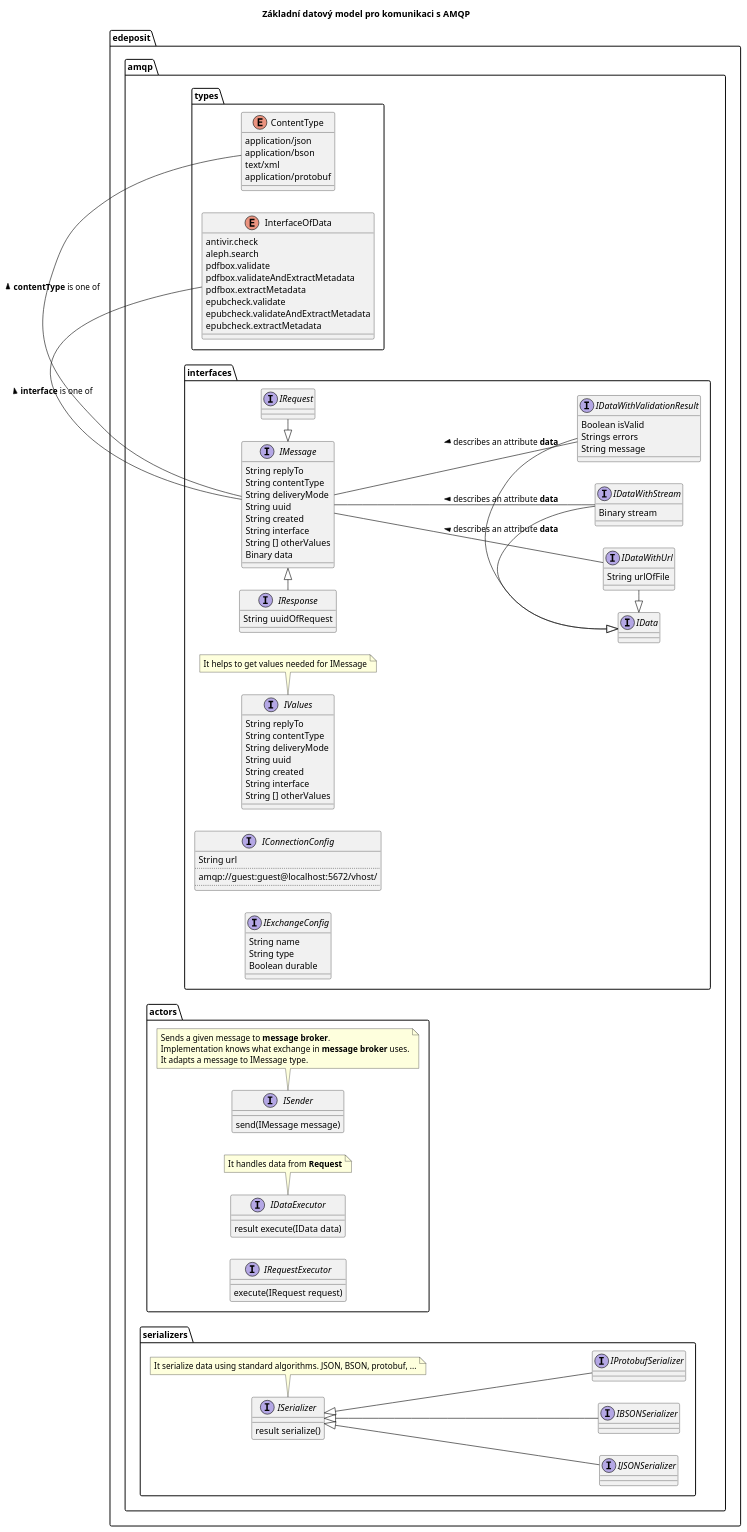
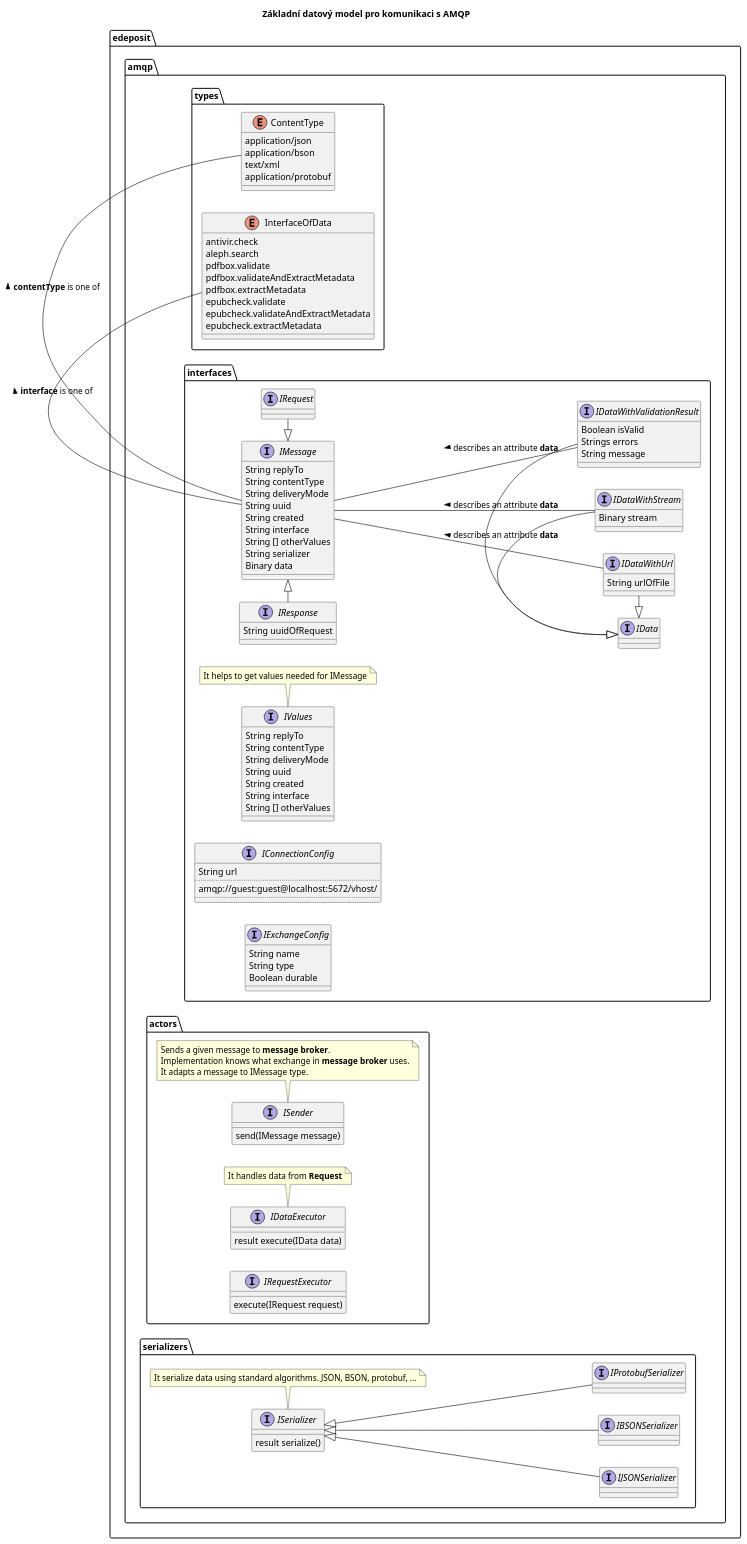
Before and after one commit to edeposit/edeposit: the diagram in docs/middleware/dm00.plantuml, drawn with PlantUML. The commit also changed 1 other file, not shown here.

Commit message:
added serializer attribute. jstavel/edeposit.amqp#2

```diff
--- a/docs/middleware/dm00.plantuml
+++ b/docs/middleware/dm00.plantuml
@@ -1,150 +1,151 @@
 @startuml
 skinparam componentStyle uml2
 left to right direction
 title Základní datový model pro komunikaci s AMQP
 
 package edeposit.amqp.types {
 enum ContentType {
      application/json
      application/bson
      text/xml
      application/protobuf
 }
 
 enum InterfaceOfData {
      antivir.check
      aleph.search
      pdfbox.validate
      pdfbox.validateAndExtractMetadata
      pdfbox.extractMetadata
      epubcheck.validate
      epubcheck.validateAndExtractMetadata
      epubcheck.extractMetadata
 }
 }
 
 
 package edeposit.amqp.interfaces {
 Interface IConnectionConfig {
       String url
       ..
       amqp://guest:guest@localhost:5672/vhost/      
       ..
 }
 
 Interface IExchangeConfig {
       String name
       String type
       Boolean durable
 }
 
 Interface IMessage {
       String replyTo
       String contentType
       String deliveryMode
       String uuid
       String created
       String interface
       String [] otherValues
+      String serializer
       Binary data
 }
 
 interface IRequest {
 }
 
 interface IResponse {
       String uuidOfRequest
 }
 
 IMessage <|-right- IRequest
 IMessage <|-left- IResponse
         
         interface IData {
         }       
 
         interface IDataWithUrl {
               String urlOfFile
         }
 
         interface IDataWithStream {
               Binary stream
         }
 
         interface IDataWithValidationResult {
                   Boolean isValid
                   Strings errors
                   String message
         }
 
         IData <|-right- IDataWithUrl
         IData <|-right- IDataWithStream
         IData <|-right- IDataWithValidationResult
 
         interface IValues {
               String replyTo
               String contentType
               String deliveryMode
               String uuid
               String created
               String interface
               String [] otherValues
         }
         note bottom
         It helps to get values needed for IMessage
         end note
 }
 
 
 IMessage -- IDataWithUrl : < describes an attribute <b>data</b>
 IMessage -- IDataWithStream : < describes an attribute <b>data</b>
 IMessage -left- ContentType : <b>contentType</b> is one of >
 IMessage -left- InterfaceOfData : <b>interface</b> is one of >
 
 IMessage -- IDataWithValidationResult : < describes an attribute <b>data</b>
 
 package edeposit.amqp.actors {
         interface ISender {
                 send(IMessage message)                            
         }
         note bottom
         Sends a given message to <b>message broker</b>. 
         Implementation knows what exchange in <b>message broker</b> uses.
         It adapts a message to IMessage type.
         end note
         
         interface IDataExecutor {
                   result execute(IData data)
         }
         note bottom
         It handles data from <b>Request</b>
         end note
 
         interface IRequestExecutor {
                   execute(IRequest request)                  
         }
 }
 
 package edeposit.amqp.serializers {
         interface ISerializer {
                   result serialize()
         }
         note bottom
         It serialize data using standard algorithms. JSON, BSON, protobuf, ...
         end note
 
         interface IJSONSerializer {
         }       
 
         interface IBSONSerializer {
         }       
 
         interface IProtobufSerializer {
         }       
         
         ISerializer <|-- IJSONSerializer
         ISerializer <|-- IBSONSerializer
         ISerializer <|-- IProtobufSerializer
 }        
         
 
 @enduml
```
